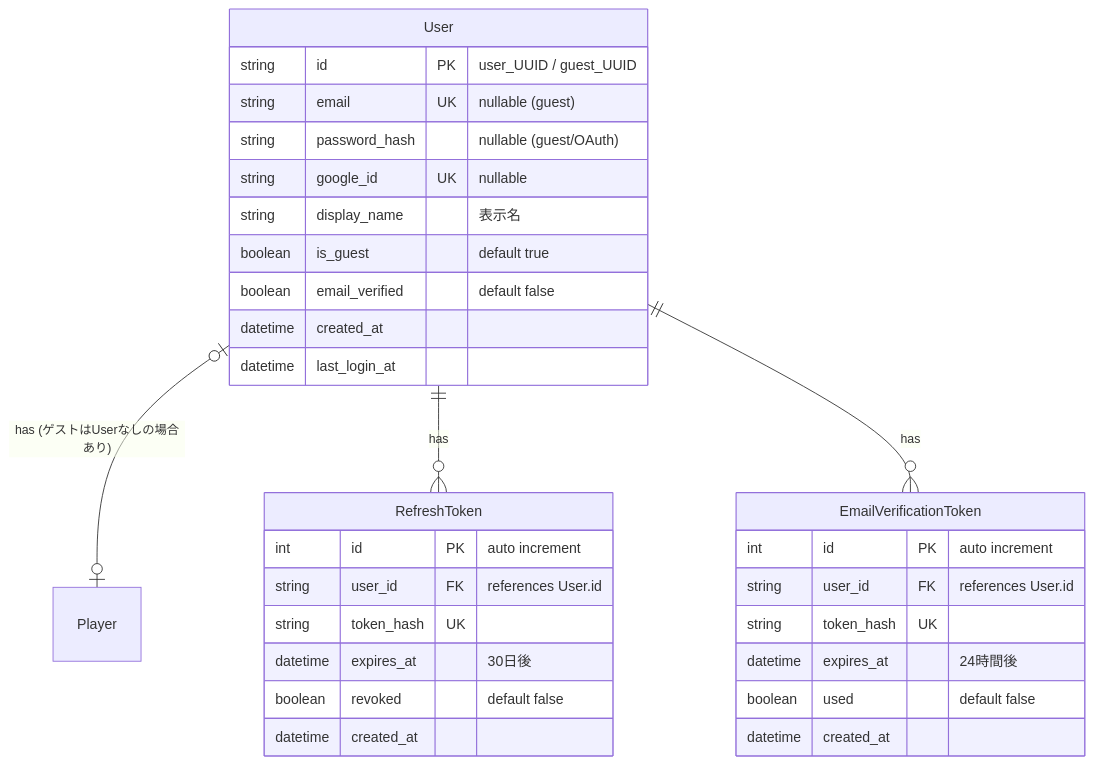
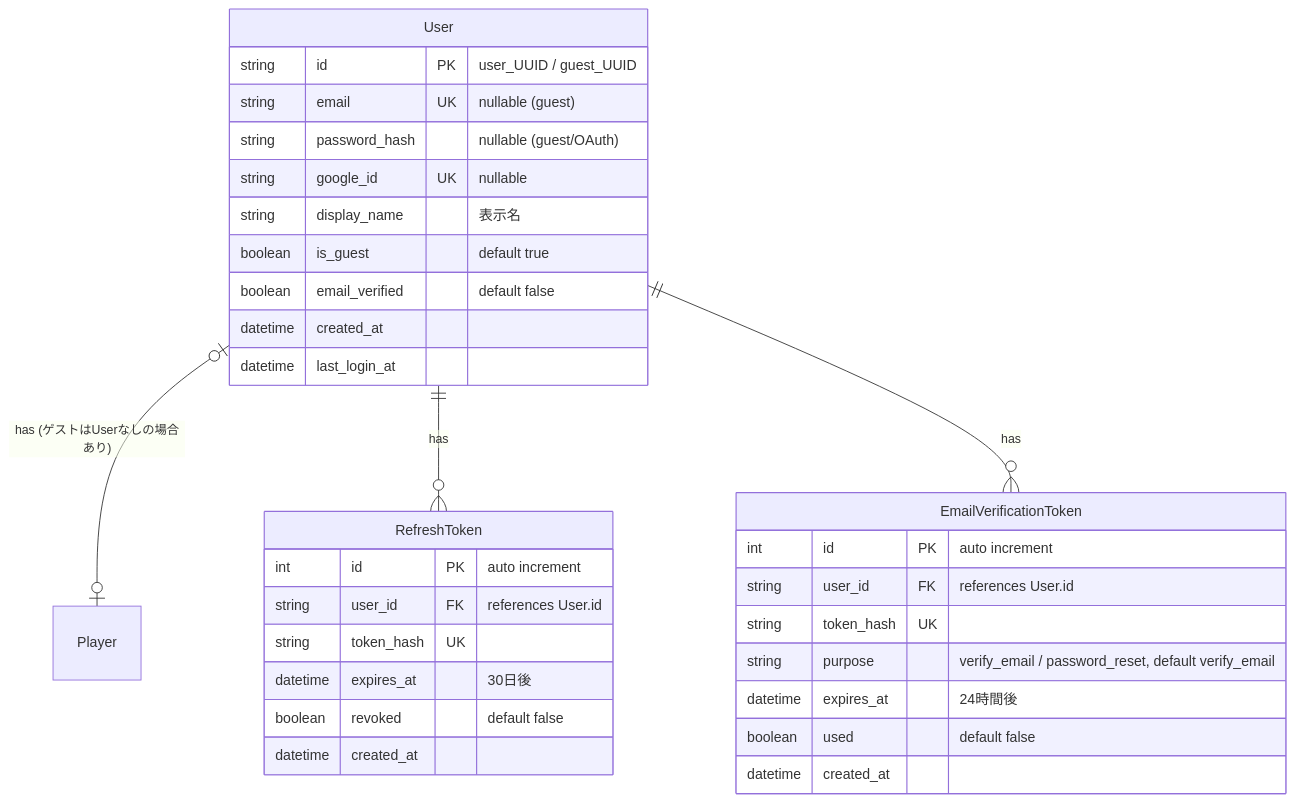
Before and after one commit to dateeee/2026_AFKGAME: the first of 2 diagrams in diagrams/er_diagram/player.md, drawn with Mermaid. The commit also changed other lines of this file and 42 other files, not shown here.

First line of the commit message:
docs: 要件定義〜製造ゲートRVの指摘42件を仕様書・設計図へ反映（fix-specs）

````diff
--- a/diagrams/er_diagram/player.md
+++ b/diagrams/er_diagram/player.md
@@ -7,37 +7,38 @@
 ```mermaid
 %%{init: {'theme': 'default', 'themeVariables': {'fontSize': '16px'}} }%%
 erDiagram
     User |o--o| Player : "has (ゲストはUserなしの場合あり)"
     User ||--o{ RefreshToken : "has"
     User ||--o{ EmailVerificationToken : "has"
 
     User {
         string id PK "user_UUID / guest_UUID"
         string email UK "nullable (guest)"
         string password_hash "nullable (guest/OAuth)"
         string google_id UK "nullable"
         string display_name "表示名"
         boolean is_guest "default true"
         boolean email_verified "default false"
         datetime created_at
         datetime last_login_at
     }
 
     RefreshToken {
         int id PK "auto increment"
         string user_id FK "references User.id"
         string token_hash UK
         datetime expires_at "30日後"
         boolean revoked "default false"
         datetime created_at
     }
 
     EmailVerificationToken {
         int id PK "auto increment"
         string user_id FK "references User.id"
         string token_hash UK
+        string purpose "verify_email / password_reset, default verify_email"
         datetime expires_at "24時間後"
         boolean used "default false"
         datetime created_at
     }
 ```
````
